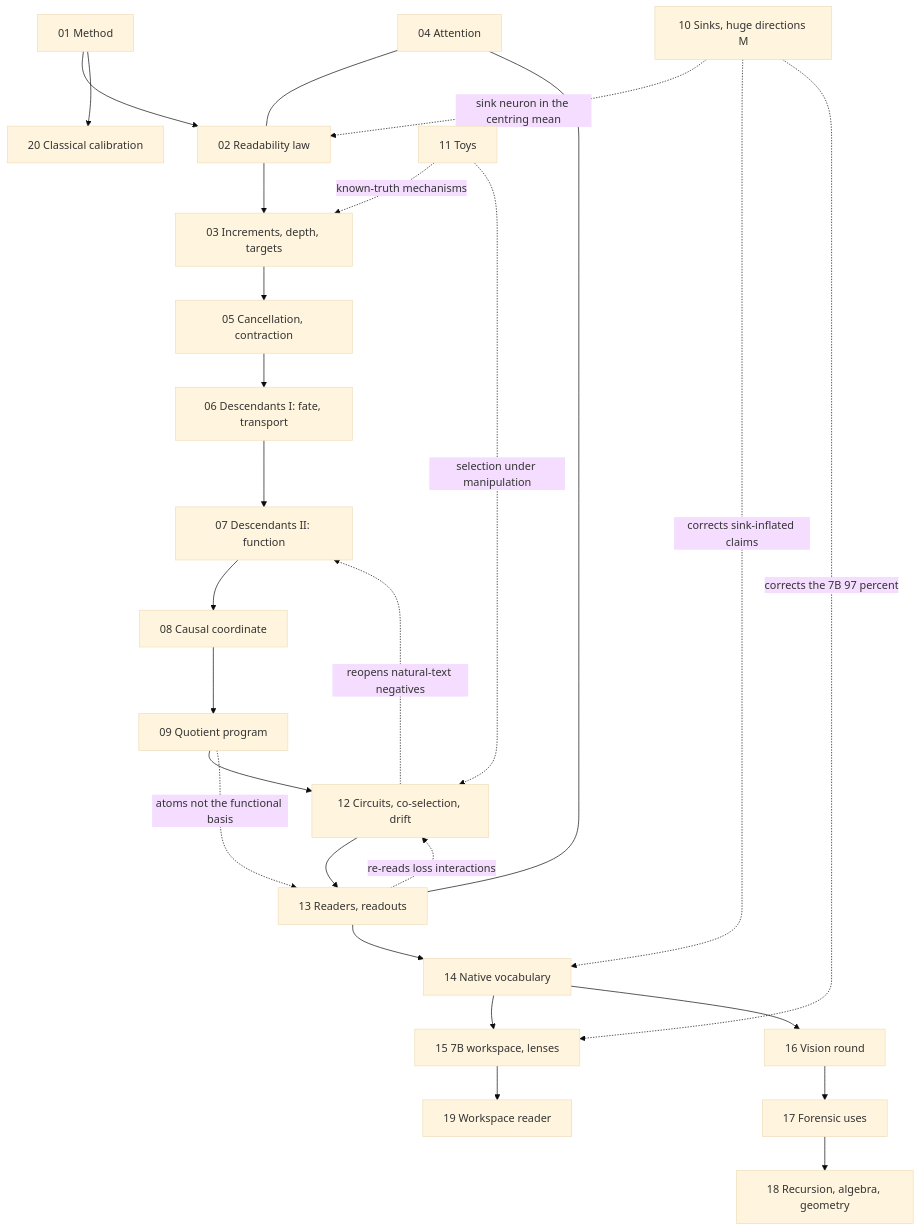
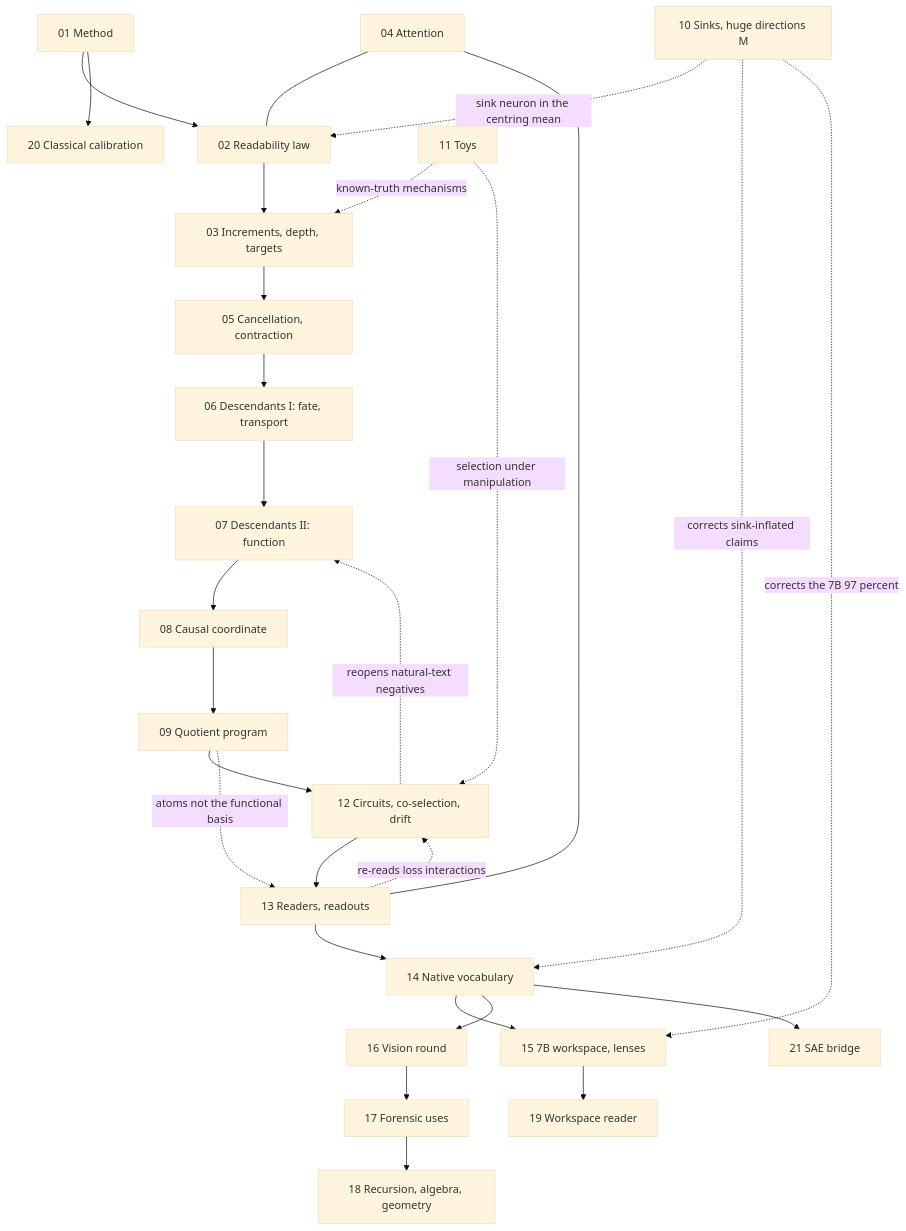
Before and after one commit to sunmoonron/wdd-descendants: the diagram in README.md, drawn with Mermaid (base theme). The commit also changed other lines of this file and 42 other files, not shown here.

````diff
--- a/README.md
+++ b/README.md
@@ -40,29 +41,30 @@
 ```mermaid
 flowchart TD
   A01["01 Method"] --> A02["02 Readability law"]
   A02 --> A03["03 Increments, depth, targets"]
   A03 --> A05["05 Cancellation, contraction"]
   A05 --> A06["06 Descendants I: fate, transport"]
   A06 --> A07["07 Descendants II: function"]
   A07 --> A08["08 Causal coordinate"]
   A08 --> A09["09 Quotient program"]
   A09 --> A12["12 Circuits, co-selection, drift"]
   A12 --> A13["13 Readers, readouts"]
   A13 --> A14["14 Native vocabulary"]
   A14 --> A15["15 7B workspace, lenses"]
   A14 --> A16["16 Vision round"]
   A16 --> A17["17 Forensic uses"]
   A17 --> A18["18 Recursion, algebra, geometry"]
   A15 --> A19["19 Workspace reader"]
   A01 --> A20["20 Classical calibration"]
+  A14 --> A21["21 SAE bridge"]
   A04["04 Attention"] --- A02
   A04 --- A13
   A10["10 Sinks, huge directions M"] -.->|sink neuron in the centring mean| A02
   A10 -.->|corrects sink-inflated claims| A14
   A10 -.->|corrects the 7B 97 percent| A15
   A11["11 Toys"] -.->|known-truth mechanisms| A03
   A11 -.->|selection under manipulation| A12
   A12 -.->|reopens natural-text negatives| A07
   A13 -.->|re-reads loss interactions| A12
   A09 -.->|atoms not the functional basis| A13
 ```
````
